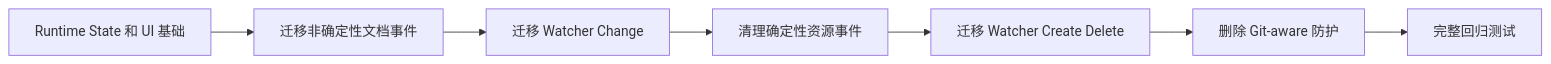
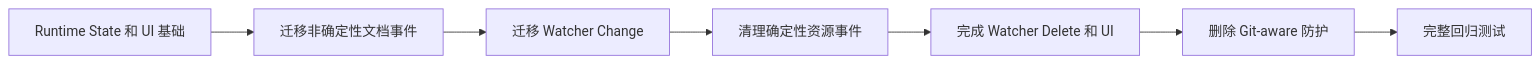
The diagram in .czaza/architecture-notes/diagrams/git-decoupling-migration.md (Leo7805/czaza), drawn with Mermaid before and after one commit. The commit also changed other lines of this file and 23 other files, not shown here.

Commit message:
docs(architecture): define external watcher change handling

````diff
--- a/.czaza/architecture-notes/diagrams/git-decoupling-migration.md
+++ b/.czaza/architecture-notes/diagrams/git-decoupling-migration.md
@@ -16,9 +16,9 @@
 ```mermaid
 flowchart LR
     A[Runtime State 和 UI 基础] --> B[迁移非确定性文档事件]
     B --> C[迁移 Watcher Change]
     C --> D[清理确定性资源事件]
-    D --> E[迁移 Watcher Create Delete]
+    D --> E[完成 Watcher Delete 和 UI]
     E --> F[删除 Git-aware 防护]
     F --> G[完整回归测试]
 ```
````
